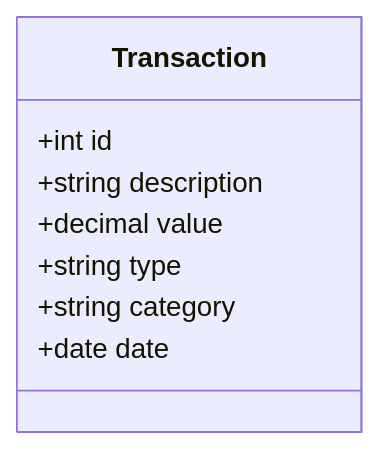
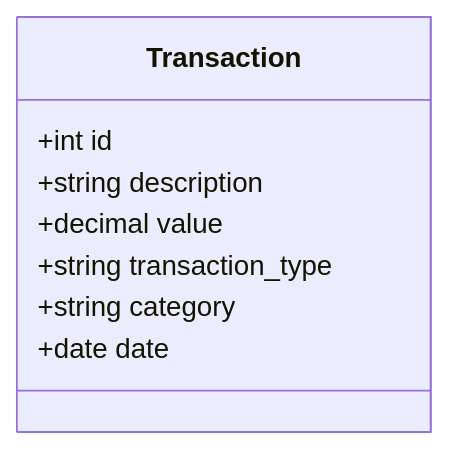
Before and after one commit to brunonunez-dev/SBM-Solid-Budget-Manager: the diagram in README.md, drawn with Mermaid.

Commit message:
docs: update UML diagram to match new column name

````diff
--- a/README.md
+++ b/README.md
@@ -66,11 +66,11 @@
 ```mermaid
 classDiagram
     class Transaction {
         +int id
         +string description
         +decimal value
-        +string type
+        +string transaction_type
         +string category
         +date date
     }
 ```
````
